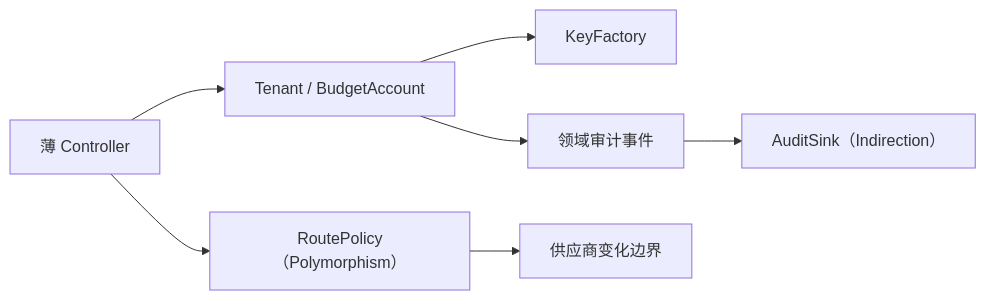
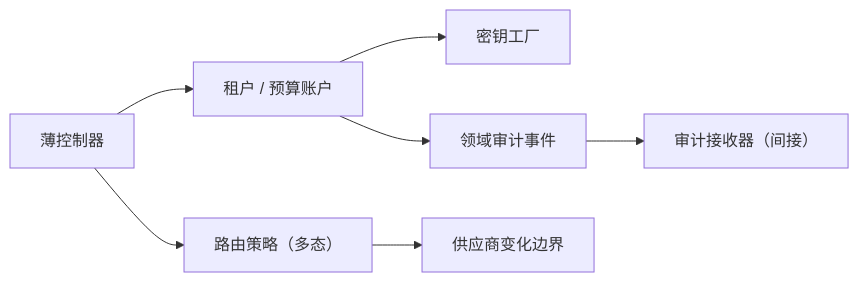
One commit to sealday/tego-arch changed the diagram in content/principles/pr-14-grasp-responsibility-assignment.mdx. Above: the diagram before and after it, drawn with Mermaid. The commit also changed other lines of this file and 68 other files, not shown here.

Commit message:
refactor(content): standardize architecture terminology

````diff
--- a/content/principles/pr-14-grasp-responsibility-assignment.mdx
+++ b/content/principles/pr-14-grasp-responsibility-assignment.mdx
@@ -77,9 +108,9 @@
 ```mermaid
 flowchart LR
-  C["薄 Controller"] --> T["Tenant / BudgetAccount"]
-  T --> F["KeyFactory"]
+  C["薄控制器"] --> T["租户 / 预算账户"]
+  T --> F["密钥工厂"]
   T --> E["领域审计事件"]
-  E --> I["AuditSink（Indirection）"]
-  C --> R["RoutePolicy（Polymorphism）"]
+  E --> I["审计接收器（间接）"]
+  C --> R["路由策略（多态）"]
   R --> V["供应商变化边界"]
 ```
````
